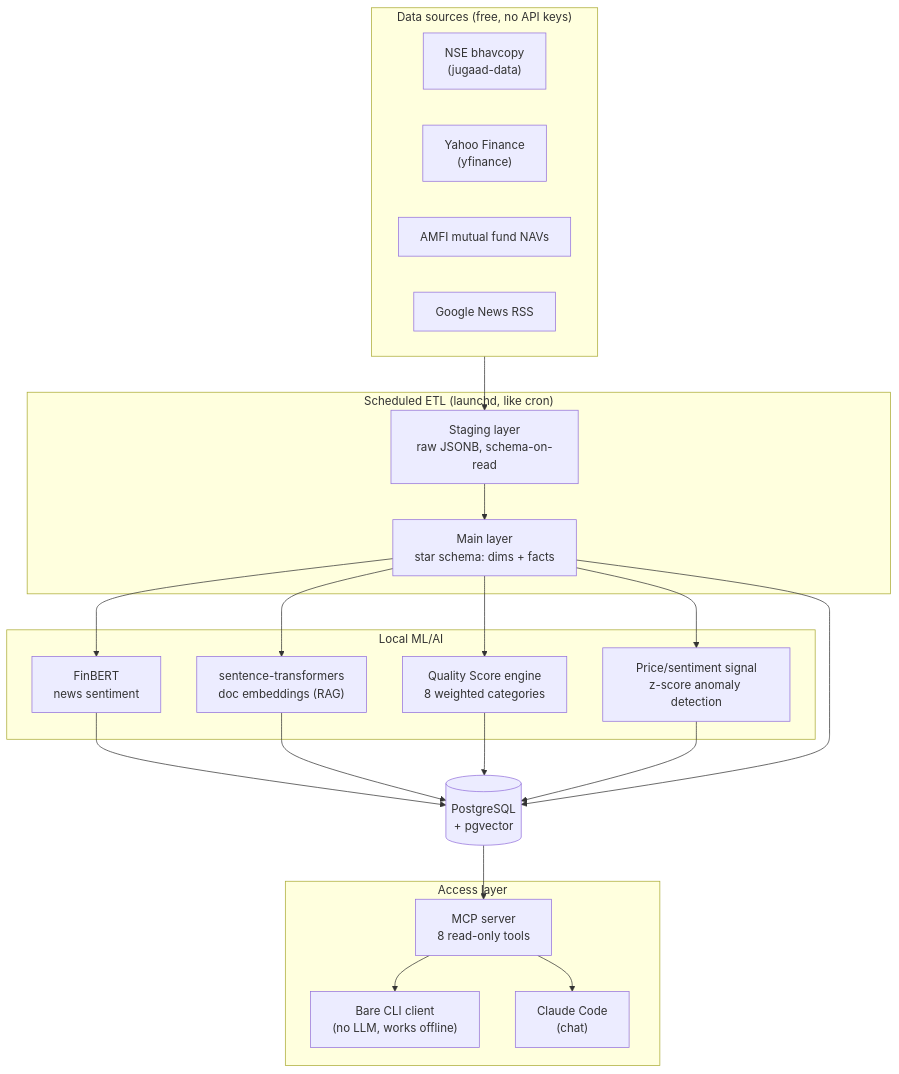
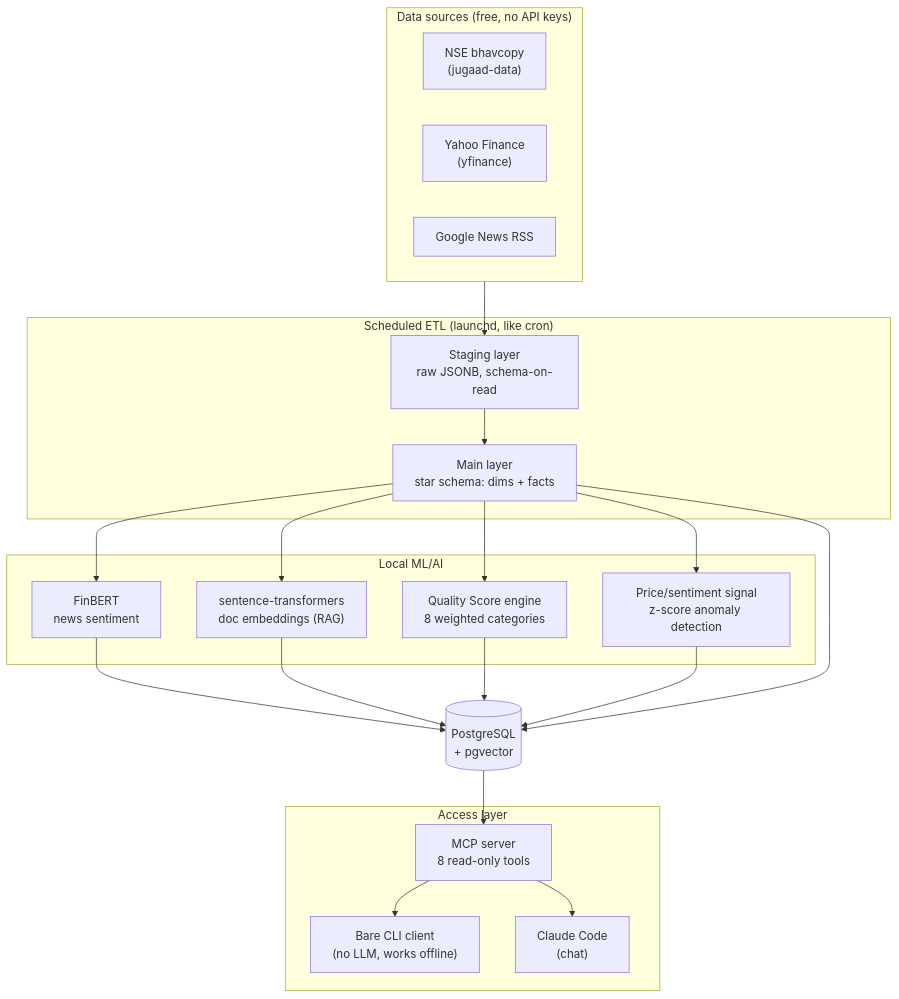
The diagram in docs/TECH_OVERVIEW.md (rajkumar-d83/mystock), drawn with Mermaid before and after one commit. The commit also changed other lines of this file and 30 other files, not shown here.

First line of the commit message:
Remove mutual fund tracking, focus on equities/ETFs only

````diff
--- a/docs/TECH_OVERVIEW.md
+++ b/docs/TECH_OVERVIEW.md
@@ -16,35 +17,34 @@
 ```mermaid
 flowchart TB
     subgraph sources["Data sources (free, no API keys)"]
         NSE["NSE bhavcopy\n(jugaad-data)"]
         YF["Yahoo Finance\n(yfinance)"]
-        AMFI["AMFI mutual fund NAVs"]
         RSS["Google News RSS"]
     end
 
     subgraph pipeline["Scheduled ETL (launchd, like cron)"]
         STAGING["Staging layer\nraw JSONB, schema-on-read"]
         MAIN["Main layer\nstar schema: dims + facts"]
     end
 
     subgraph intelligence["Local ML/AI"]
         FINBERT["FinBERT\nnews sentiment"]
         EMBED["sentence-transformers\ndoc embeddings (RAG)"]
         SCORE["Quality Score engine\n8 weighted categories"]
         SIGNAL["Price/sentiment signal\nz-score anomaly detection"]
     end
 
     subgraph access["Access layer"]
         MCP["MCP server\n8 read-only tools"]
         CLIENT["Bare CLI client\n(no LLM, works offline)"]
         CLAUDE["Claude Code\n(chat)"]
     end
 
     sources --> STAGING --> MAIN
     MAIN --> FINBERT & EMBED & SCORE & SIGNAL
     FINBERT & EMBED & SCORE & SIGNAL --> PG[("PostgreSQL\n+ pgvector")]
     MAIN --> PG
     PG --> MCP
     MCP --> CLIENT
     MCP --> CLAUDE
 ```
````
